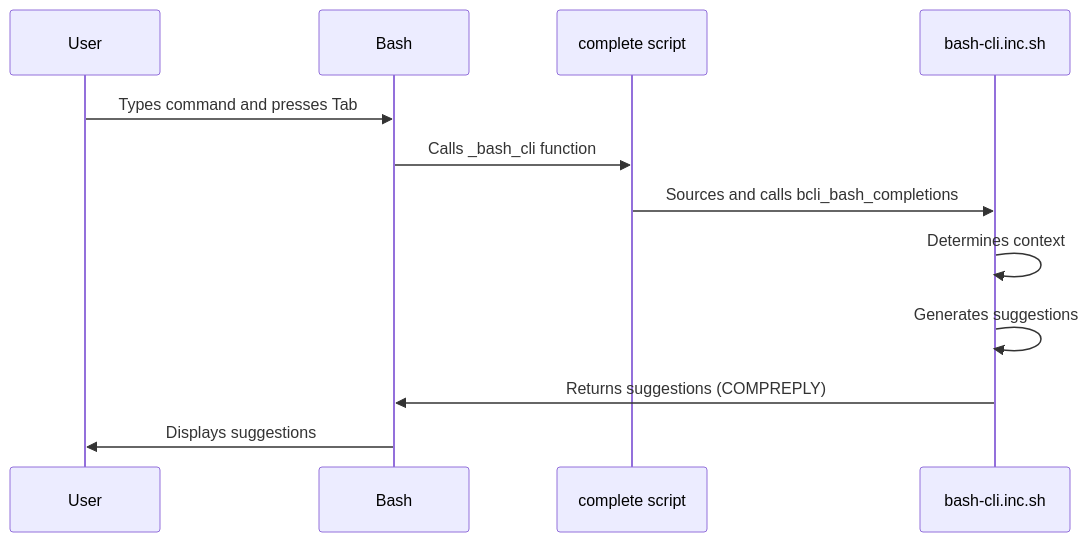
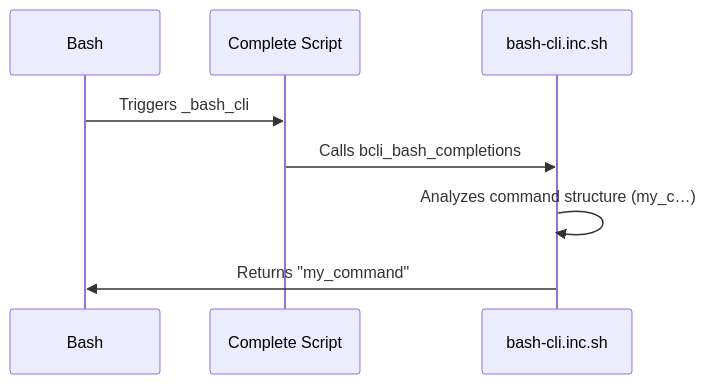
The diagram in docs/04_bash_completion_logic_.md (aireilly/bash-cli-docs-test), drawn with Mermaid before and after one commit. The commit also changed other lines of this file and 6 other files, not shown here.

````diff
--- a/docs/04_bash_completion_logic_.md
+++ b/docs/04_bash_completion_logic_.md
@@ -62,15 +72,11 @@
 ```mermaid
 sequenceDiagram
-    participant User
     participant Bash
-    participant complete script
+    participant Complete Script
     participant bash-cli.inc.sh
 
-    User->>Bash: Types command and presses Tab
-    Bash->>complete script: Calls _bash_cli function
-    complete script->>bash-cli.inc.sh: Sources and calls bcli_bash_completions
-    bash-cli.inc.sh->>bash-cli.inc.sh: Determines context
-    bash-cli.inc.sh->>bash-cli.inc.sh: Generates suggestions
-    bash-cli.inc.sh->>Bash: Returns suggestions (COMPREPLY)
-    Bash->>User: Displays suggestions
+    Bash->>Complete Script: Triggers _bash_cli
+    Complete Script->>bash-cli.inc.sh: Calls bcli_bash_completions
+    bash-cli.inc.sh->>bash-cli.inc.sh: Analyzes command structure (my_c…)
+    bash-cli.inc.sh->>Bash: Returns "my_command"
 ```
````
